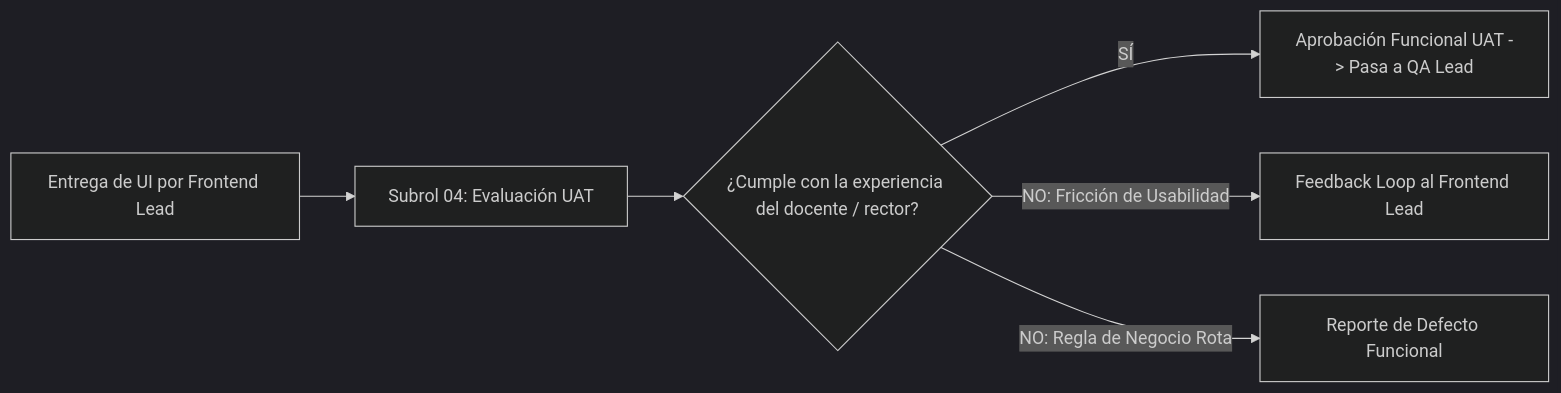
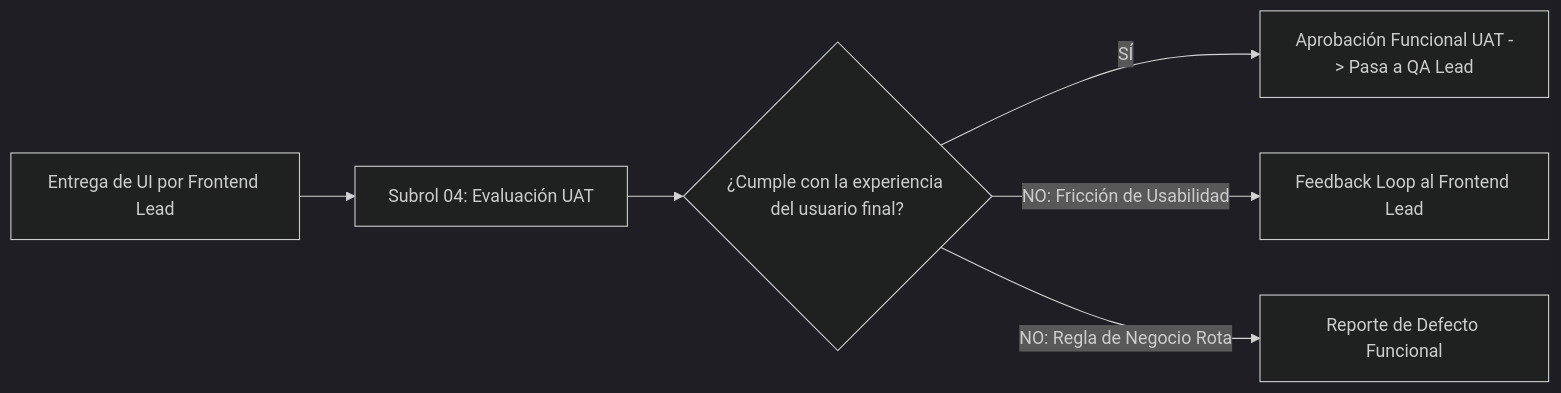
The diagram in multiAgents/01_product_manager/subroles/04_product_analytics_uat.md (DanExl24/multiagent-sdlc-starter), drawn with Mermaid (dark theme) before and after one commit. The commit also changed other lines of this file and 35 other files, not shown here.

````diff
--- a/multiAgents/01_product_manager/subroles/04_product_analytics_uat.md
+++ b/multiAgents/01_product_manager/subroles/04_product_analytics_uat.md
@@ -44,8 +44,8 @@
 ```mermaid
 graph LR
     FE[Entrega de UI por Frontend Lead] --> UAT[Subrol 04: Evaluación UAT]
-    UAT --> C1{¿Cumple con la experiencia del docente / rector?}
+    UAT --> C1{¿Cumple con la experiencia del usuario final?}
     C1 -->|SÍ| OK[Aprobación Funcional UAT -> Pasa a QA Lead]
     C1 -->|NO: Fricción de Usabilidad| FB[Feedback Loop al Frontend Lead]
     C1 -->|NO: Regla de Negocio Rota| CR[Reporte de Defecto Funcional]
 ```
````
